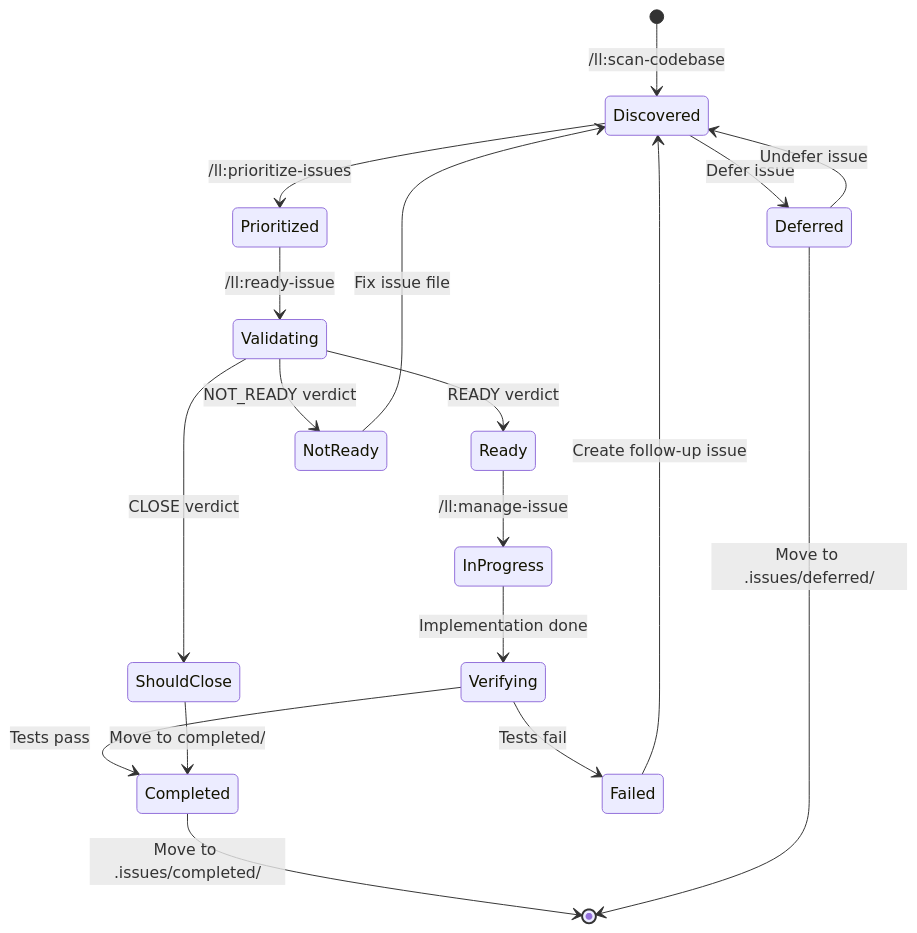
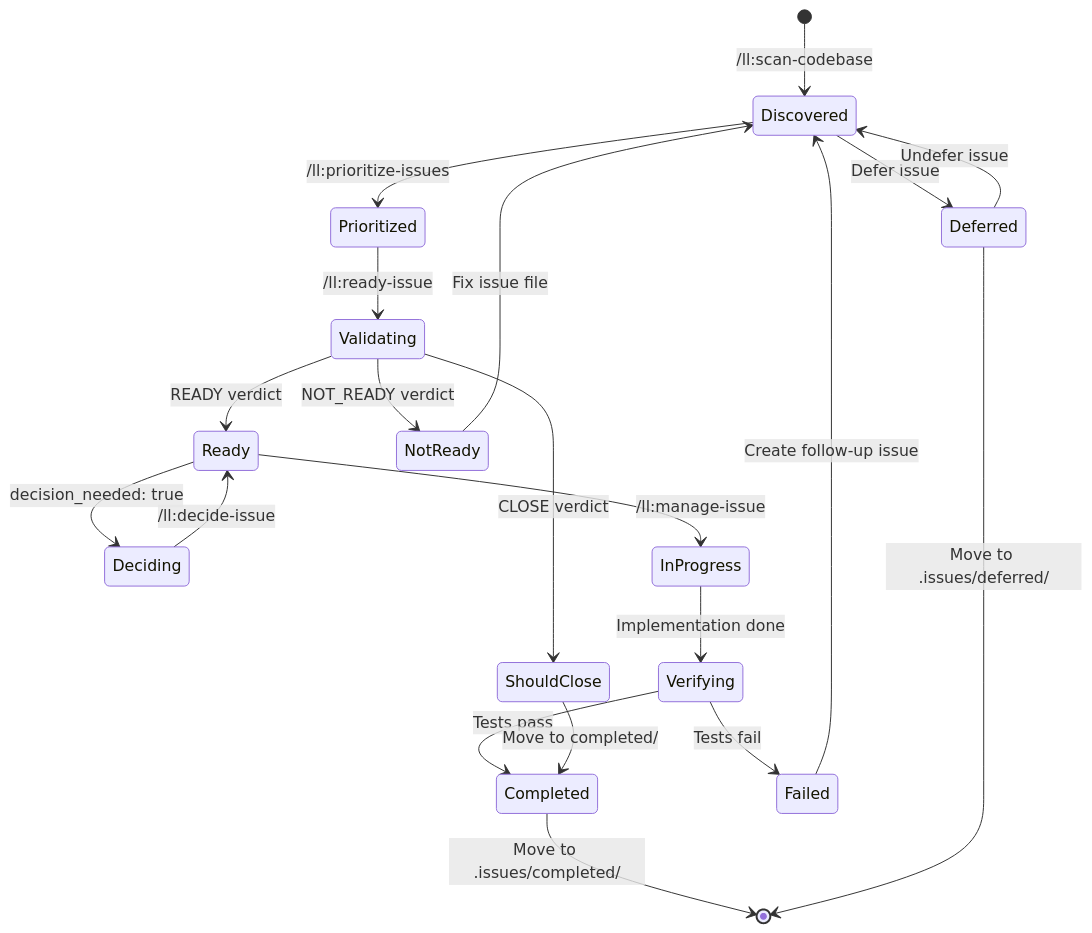
The seventh of 13 diagrams in docs/ARCHITECTURE.md (BrennonTWilliams/little-loops), drawn with Mermaid before and after one commit. The commit also changed 12 other files, not shown here.

First line of the commit message:
feat(tests+docs): add decide-issue tests and documentation

````diff
--- a/docs/ARCHITECTURE.md
+++ b/docs/ARCHITECTURE.md
@@ -637,25 +637,27 @@
 ```mermaid
 stateDiagram-v2
     [*] --> Discovered: /ll:scan-codebase
 
     Discovered --> Prioritized: /ll:prioritize-issues
     Prioritized --> Validating: /ll:ready-issue
 
     Validating --> Ready: READY verdict
     Validating --> NotReady: NOT_READY verdict
     Validating --> ShouldClose: CLOSE verdict
 
+    Ready --> Deciding: decision_needed: true
+    Deciding --> Ready: /ll:decide-issue
     Ready --> InProgress: /ll:manage-issue
     InProgress --> Verifying: Implementation done
     Verifying --> Completed: Tests pass
     Verifying --> Failed: Tests fail
 
     NotReady --> Discovered: Fix issue file
     ShouldClose --> Completed: Move to completed/
     Failed --> Discovered: Create follow-up issue
     Discovered --> Deferred: Defer issue
     Deferred --> Discovered: Undefer issue
 
     Completed --> [*]: Move to .issues/completed/
     Deferred --> [*]: Move to .issues/deferred/
 ```
````
